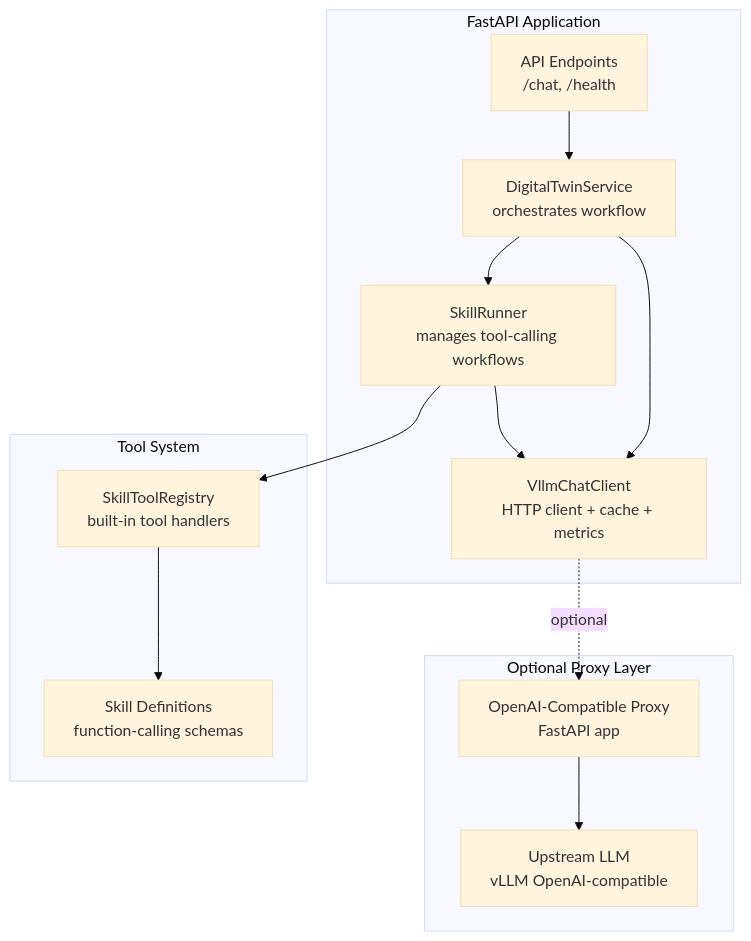
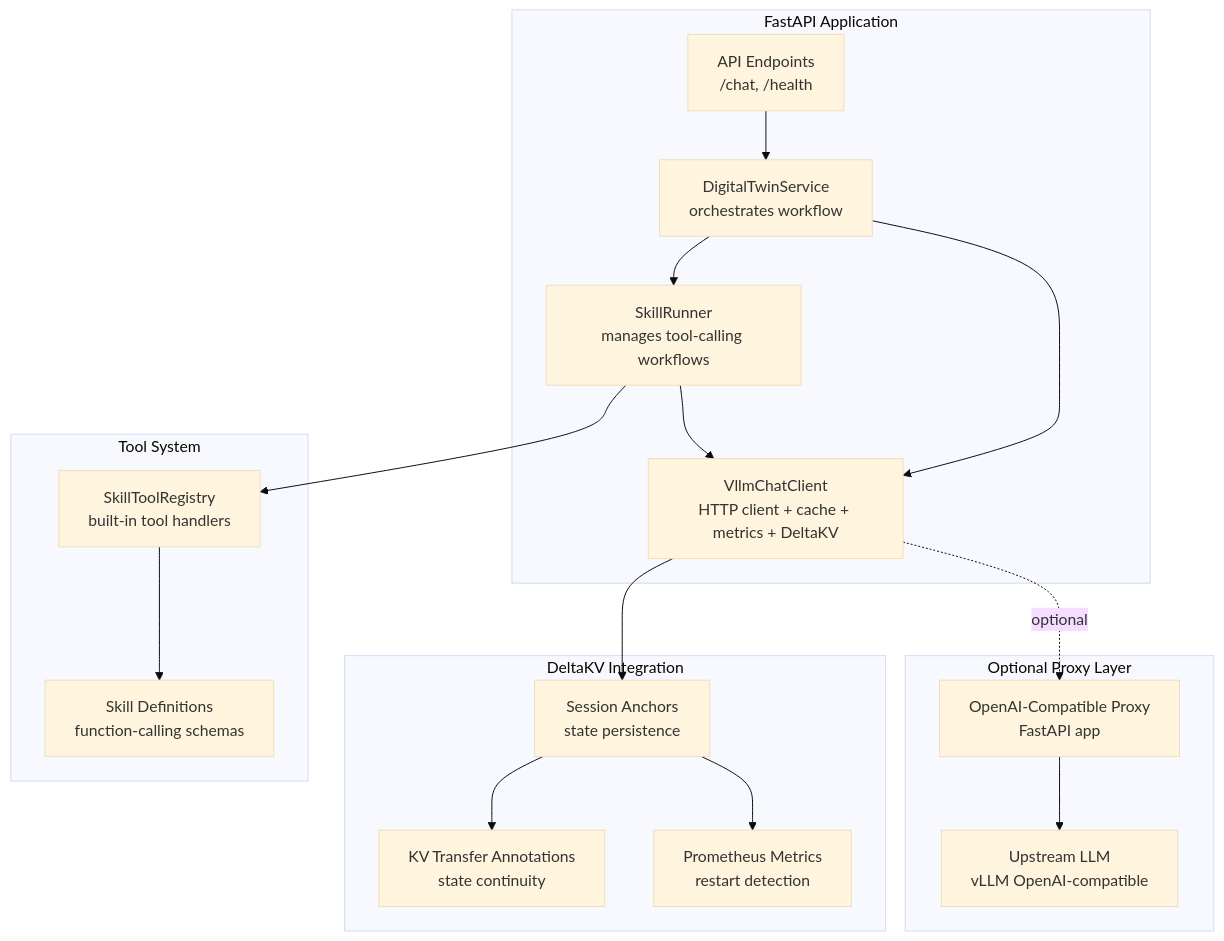
The first of 11 diagrams in .qoder/repowiki/en/content/Integration and Extensions/LLM Client Architecture.md (intellistream/sage-mate), drawn with Mermaid (base theme) before and after one commit. The commit also changed other lines of this file and 115 other files, not shown here.

````diff
--- a/.qoder/repowiki/en/content/Integration and Extensions/LLM Client Architecture.md
+++ b/.qoder/repowiki/en/content/Integration and Extensions/LLM Client Architecture.md
@@ -48,25 +49,33 @@
 ```mermaid
 graph TB
 subgraph "FastAPI Application"
 API["API Endpoints<br/>/chat, /health"]
 Service["DigitalTwinService<br/>orchestrates workflow"]
-LLMClient["VllmChatClient<br/>HTTP client + cache + metrics"]
+LLMClient["VllmChatClient<br/>HTTP client + cache + metrics + DeltaKV"]
 SkillRunner["SkillRunner<br/>manages tool-calling workflows"]
 end
 subgraph "Optional Proxy Layer"
 ProxyApp["OpenAI-Compatible Proxy<br/>FastAPI app"]
 Upstream["Upstream LLM<br/>vLLM OpenAI-compatible"]
 end
 subgraph "Tool System"
 SkillTools["SkillToolRegistry<br/>built-in tool handlers"]
 Skills["Skill Definitions<br/>function-calling schemas"]
 end
+subgraph "DeltaKV Integration"
+SessionAnchors["Session Anchors<br/>state persistence"]
+PrometheusMetrics["Prometheus Metrics<br/>restart detection"]
+KVTransfer["KV Transfer Annotations<br/>state continuity"]
+end
 API --> Service
 Service --> LLMClient
 Service --> SkillRunner
 SkillRunner --> LLMClient
 SkillRunner --> SkillTools
 SkillTools --> Skills
 LLMClient -. optional .-> ProxyApp
 ProxyApp --> Upstream
+LLMClient --> SessionAnchors
+SessionAnchors --> PrometheusMetrics
+SessionAnchors --> KVTransfer
 ```
````
